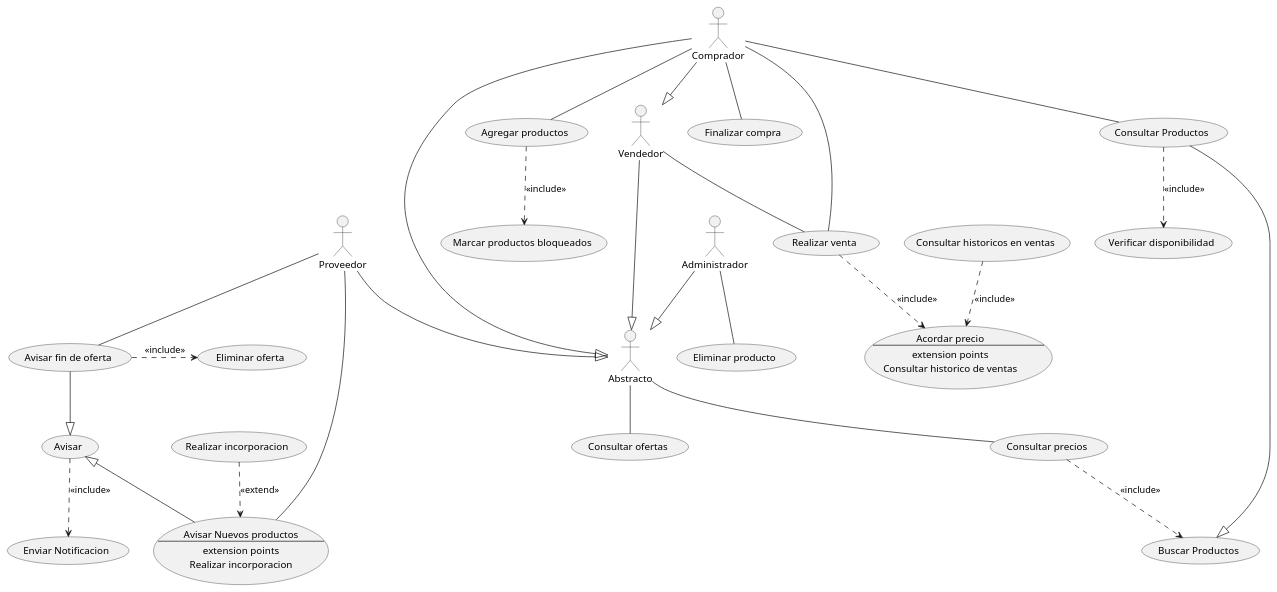
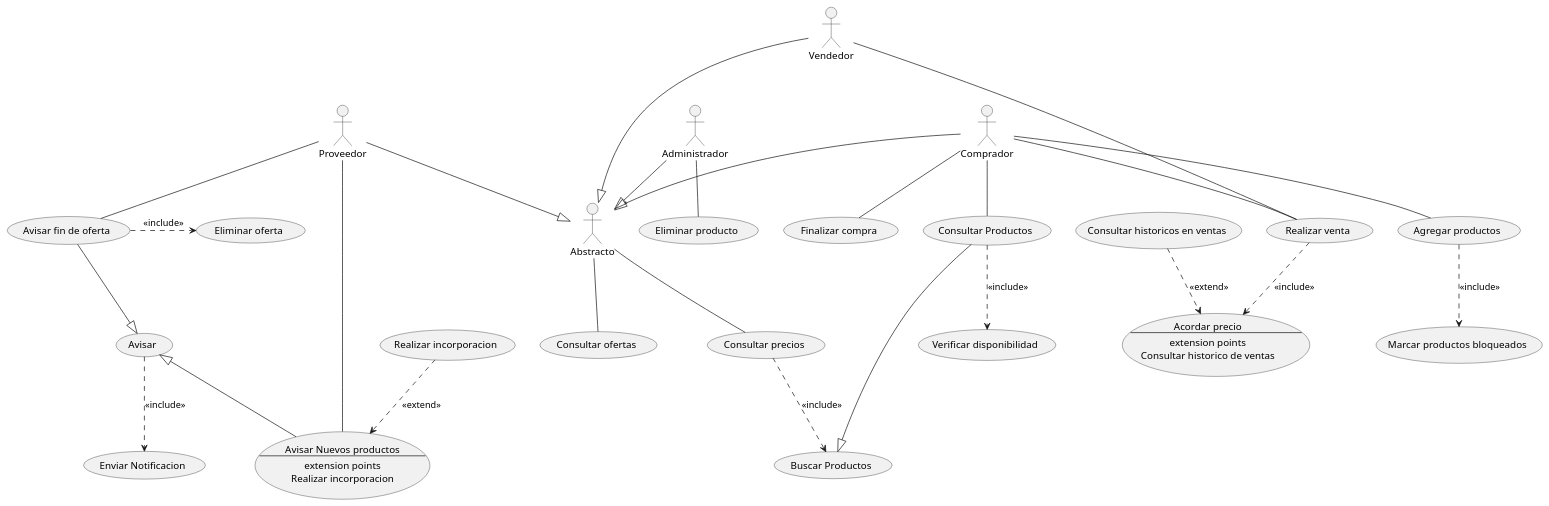
Before and after one commit to cgg734/INRE-UAL-MORADO-2022-2023: the diagram in lab0/source/Sistema De Compras.puml, drawn with PlantUML. The commit also changed 2 other files, not shown here.

```diff
--- a/lab0/source/Sistema De Compras.puml
+++ b/lab0/source/Sistema De Compras.puml
@@ -1,92 +1,92 @@
 @startuml Sistema de compras 
 :Vendedor:---|> Abstracto
 :Proveedor: --|> Abstracto
 :Administrador: --|> Abstracto
 :Comprador: --|> Abstracto
 :Vendedor: -- (realizar)
 
 usecase AcordarP as "
 Acordar precio
 --
 extension points
 Consultar historico de ventas
 "
 
 "Consultar historicos en ventas" as (consultarH)
 
 
-(consultarH)..>(AcordarP): <<include>>
+(consultarH)..>(AcordarP): <<extend>>
 
 (realizar)..>(AcordarP): <<include>>
 
 :Comprador: -- (realizar)
 "Realizar venta" as (realizar)
 
 :Comprador: -- (finalizarC)
 "Finalizar compra" as (finalizarC)
 
 "Marcar productos bloqueados" as (marcarP)
 (AgregarP)..>(marcarP): <<include>>
 
 
 :Comprador: -- (AgregarP)
 "Agregar productos" as (AgregarP)
 
 :Comprador: -- (ConsultarProd)
 "Consultar Productos" as (ConsultarProd)
 
 ConsultarProd --|> (BuscarProd)
 "Buscar Productos" as (BuscarProd)
 
 
 
 "Verificar disponibilidad" as (VerificarDisp)
 
 (ConsultarProd)..>(VerificarDisp): <<include>>
 
 
 
 :Abstracto: -- (ConsultarO)
 "Consultar ofertas" as (ConsultarO)
 
 :Abstracto: -- (ConsultarPrec)
 "Consultar precios" as (ConsultarPrec)
 
 
 (ConsultarPrec)..>(BuscarProd): <<include>>
 
 
 :Administrador: -- (EliminarP)
 "Eliminar producto" as (EliminarP)
 
-:Comprador: --|> Vendedor
+
 
 :Proveedor: -- (AvisarFin)
 "Avisar fin de oferta" as (AvisarFin)
 
-AvisarFin -down-|> (Avisar)
+AvisarFin --|> (Avisar)
 "Avisar" as (Avisar)
 
 (Avisar)..>(Enviar Notificacion): <<include>>
 (AvisarFin).>(Eliminar oferta): <<include>>
 
 usecase AvisarNuevos as "
 Avisar Nuevos productos
 --
 extension points
 Realizar incorporacion
 "
 
 :Proveedor: -- (AvisarNuevos)
 
 (AvisarNuevos)-up-|>(Avisar)
 
 
 "Realizar incorporacion" as (RealizarIncorp)
 (RealizarIncorp)..>(AvisarNuevos): <<extend>>
 
 
 
 
 
 @enduml
```
